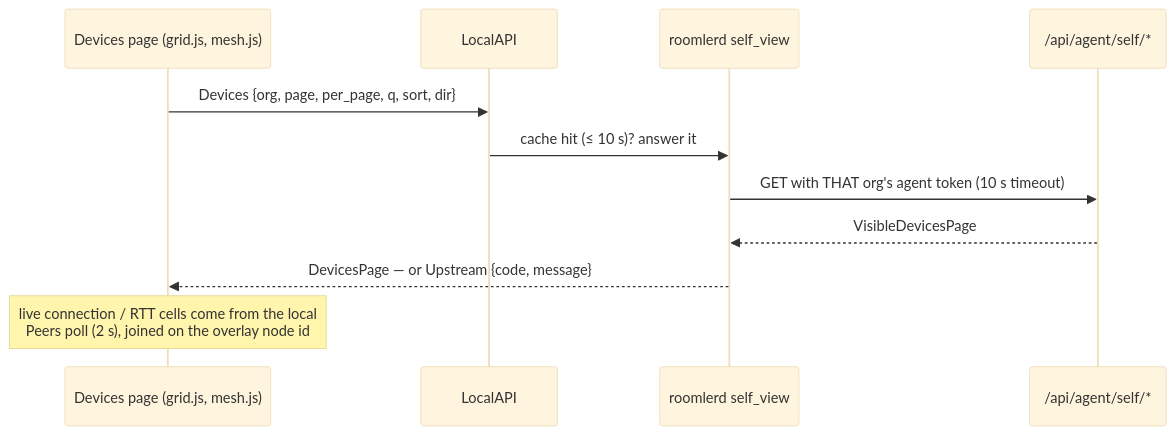
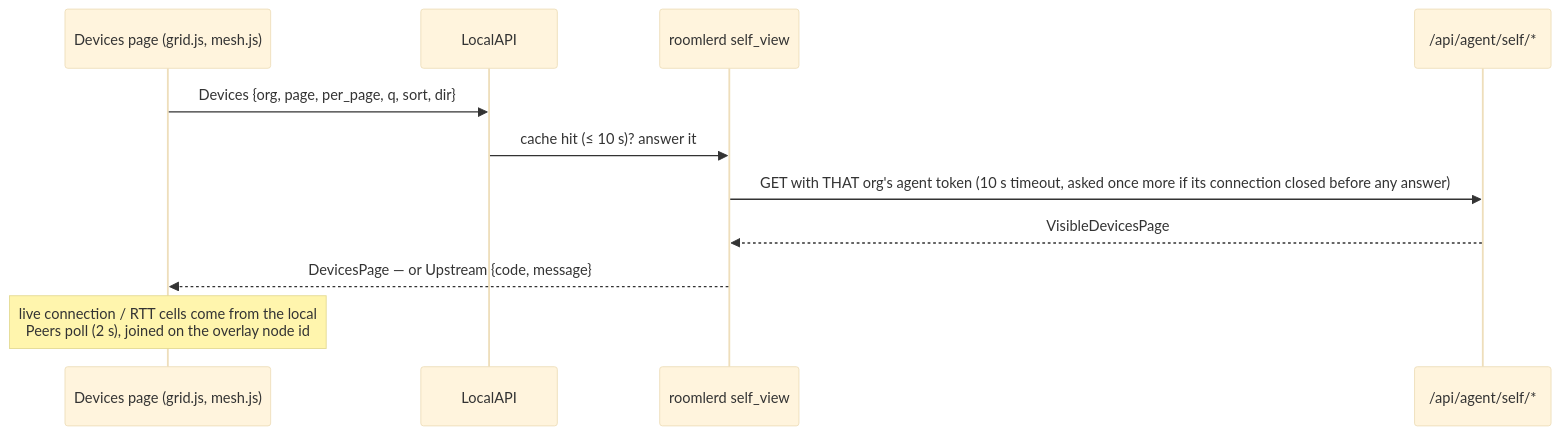
One commit to gjovanov/roomler-ai changed the fifth of 42 diagrams in docs/desktop-companion.md. Above: the diagram before and after it, drawn with Mermaid (base theme). The commit also changed other lines of this file and 8 other files, not shown here.

````diff
--- a/docs/desktop-companion.md
+++ b/docs/desktop-companion.md
@@ -436,13 +436,13 @@
 ```mermaid
 sequenceDiagram
     participant G as Devices page (grid.js, mesh.js)
     participant L as LocalAPI
     participant V as roomlerd self_view
     participant S as /api/agent/self/*
     G->>L: Devices {org, page, per_page, q, sort, dir}
     L->>V: cache hit (≤ 10 s)? answer it
-    V->>S: GET with THAT org's agent token (10 s timeout)
+    V->>S: GET with THAT org's agent token (10 s timeout, asked once more if its connection closed before any answer)
     S-->>V: VisibleDevicesPage
     V-->>G: DevicesPage — or Upstream {code, message}
     Note over G: live connection / RTT cells come from the local<br/>Peers poll (2 s), joined on the overlay node id
 ```
````
